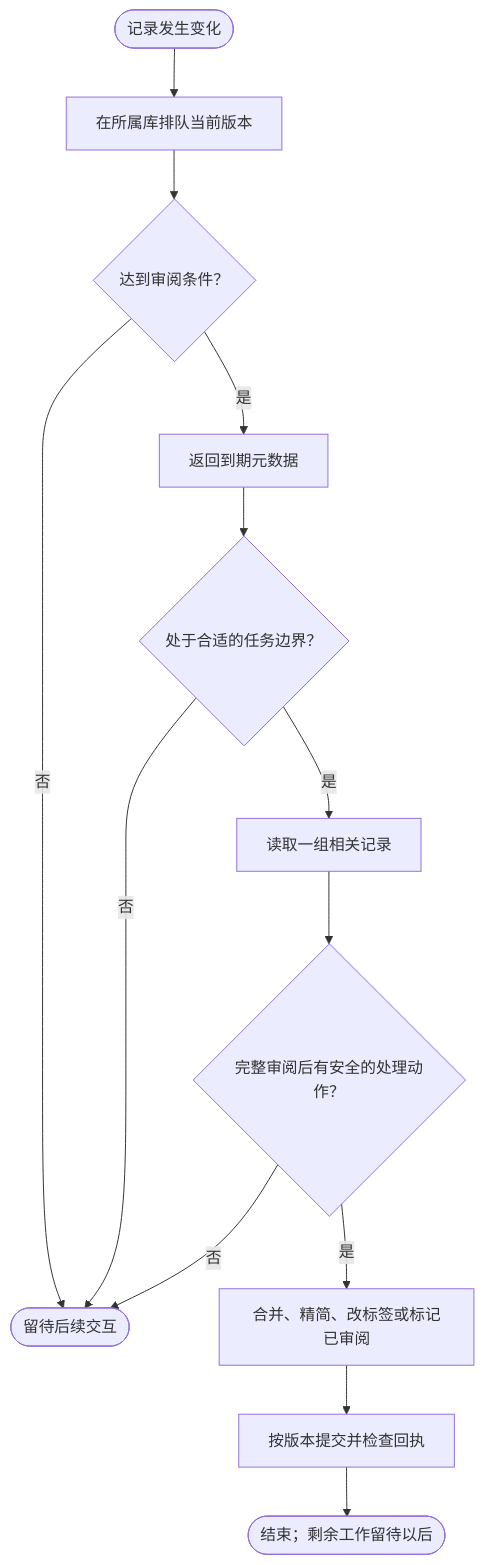
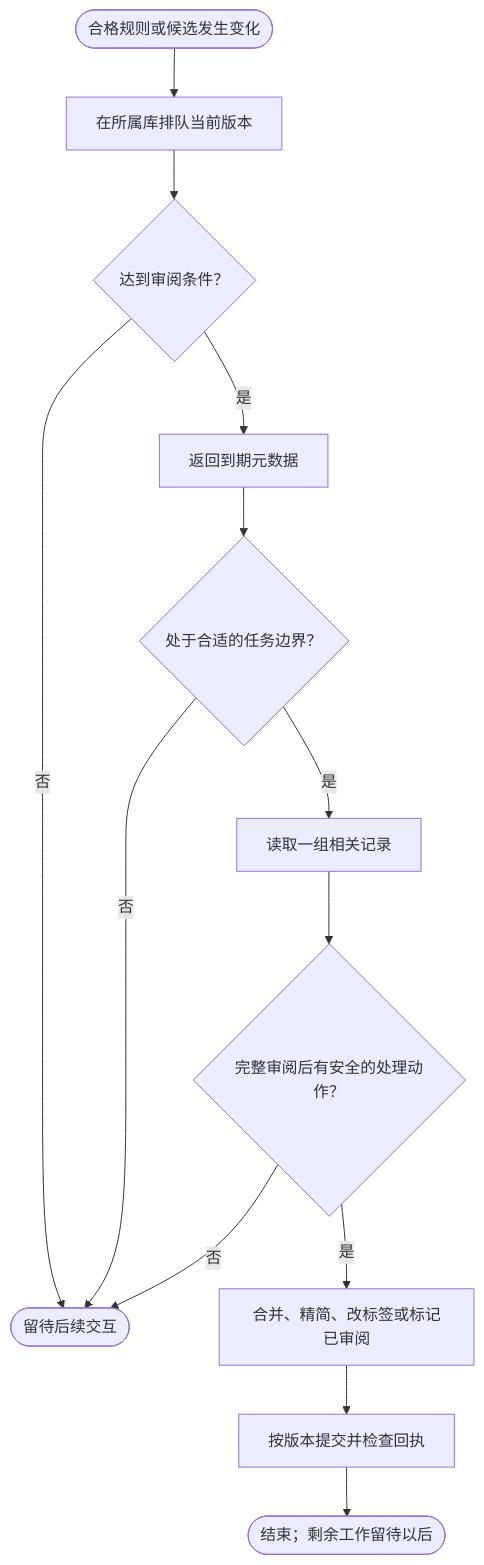
One commit to chrisstarr7/dev-memory changed the second of 2 diagrams in docs/readme/README.zh-CN.md. Above: the diagram before and after it, drawn with Mermaid. The commit also changed other lines of this file and 6 other files, not shown here.

````diff
--- a/docs/readme/README.zh-CN.md
+++ b/docs/readme/README.zh-CN.md
@@ -83,15 +85,15 @@
 ```mermaid
 flowchart TD
-    S([记录发生变化]) --> Q[在所属库排队当前版本]
+    S([合格规则或候选发生变化]) --> Q[在所属库排队当前版本]
     Q --> D{达到审阅条件？}
     D -->|否| L([留待后续交互])
     D -->|是| M[返回到期元数据]
     M --> B{处于合适的任务边界？}
     B -->|否| L
     B -->|是| R[读取一组相关记录]
     R --> C{完整审阅后有安全的处理动作？}
     C -->|否| L
     C -->|是| A[合并、精简、改标签或标记已审阅]
     A --> F[按版本提交并检查回执]
     F --> E([结束；剩余工作留待以后])
 ```
````
